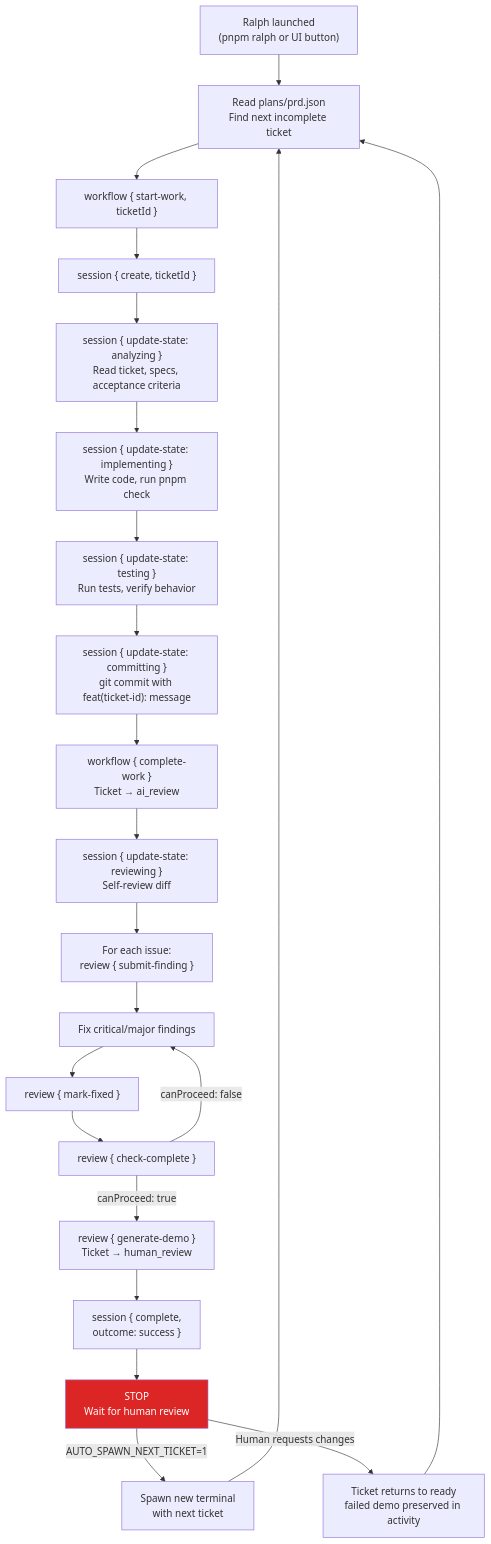
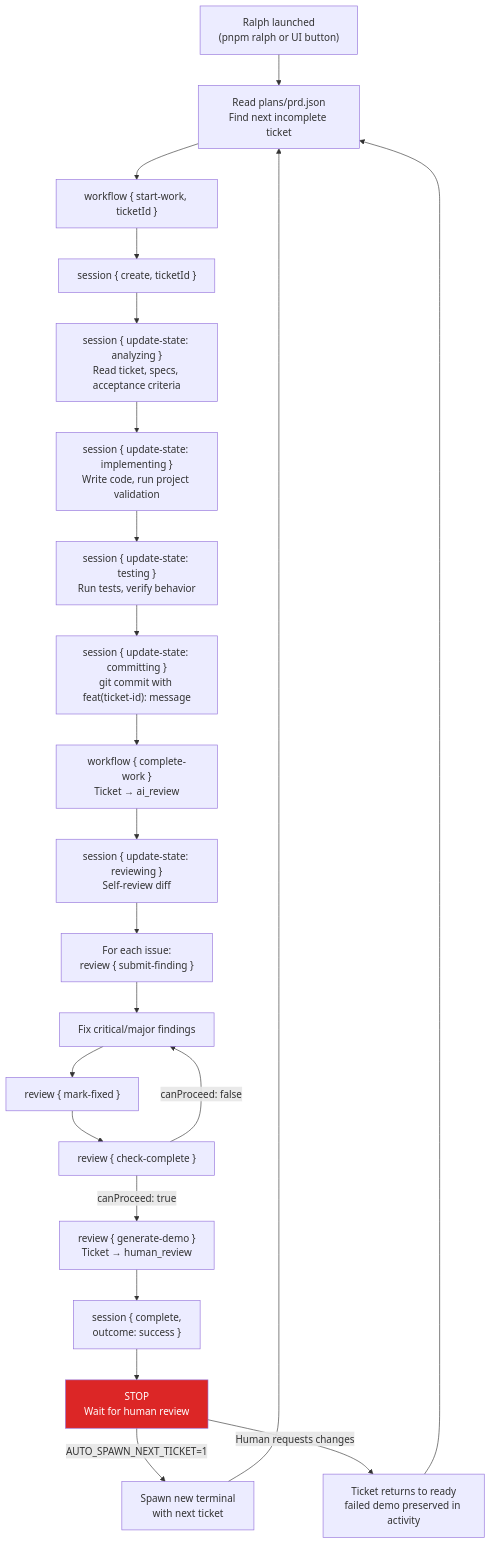
Before and after one commit to salmanrrana/brain-dump: diagram 13 of 15 in docs/claude-flow-ticket-lifecycle.md, drawn with Mermaid. The commit also changed other lines of this file and 40 other files, not shown here.

Commit message:
chore: discover project validation commands

````diff
--- a/docs/claude-flow-ticket-lifecycle.md
+++ b/docs/claude-flow-ticket-lifecycle.md
@@ -682,37 +682,37 @@
 ```mermaid
 flowchart TB
     Start["Ralph launched<br/>(pnpm ralph or UI button)"] --> ReadPRD["Read plans/prd.json<br/>Find next incomplete ticket"]
 
     ReadPRD --> StartWork["workflow { start-work, ticketId }"]
     StartWork --> CreateSession["session { create, ticketId }"]
     CreateSession --> Analyze["session { update-state: analyzing }<br/>Read ticket, specs, acceptance criteria"]
 
-    Analyze --> Implement["session { update-state: implementing }<br/>Write code, run pnpm check"]
+    Analyze --> Implement["session { update-state: implementing }<br/>Write code, run project validation"]
 
     Implement --> Test["session { update-state: testing }<br/>Run tests, verify behavior"]
 
     Test --> Commit["session { update-state: committing }<br/>git commit with feat(ticket-id): message"]
 
     Commit --> Complete["workflow { complete-work }<br/>Ticket → ai_review"]
 
     Complete --> Review["session { update-state: reviewing }<br/>Self-review diff"]
 
     Review --> Findings["For each issue:<br/>review { submit-finding }"]
     Findings --> Fix["Fix critical/major findings"]
     Fix --> MarkFixed["review { mark-fixed }"]
     MarkFixed --> CheckComplete["review { check-complete }"]
 
     CheckComplete -->|"canProceed: true"| Demo["review { generate-demo }<br/>Ticket → human_review"]
     CheckComplete -->|"canProceed: false"| Fix
 
     Demo --> CompleteSession["session { complete,<br/>outcome: success }"]
     CompleteSession --> Stop["STOP<br/>Wait for human review"]
 
     Stop -->|"AUTO_SPAWN_NEXT_TICKET=1"| SpawnNext["Spawn new terminal<br/>with next ticket"]
     SpawnNext --> ReadPRD
 
     Stop -->|"Human requests changes"| ChangeRequest["Ticket returns to ready<br/>failed demo preserved in activity"]
     ChangeRequest --> ReadPRD
 
     style Stop fill:#dc2626,color:#fff
 ```
````
